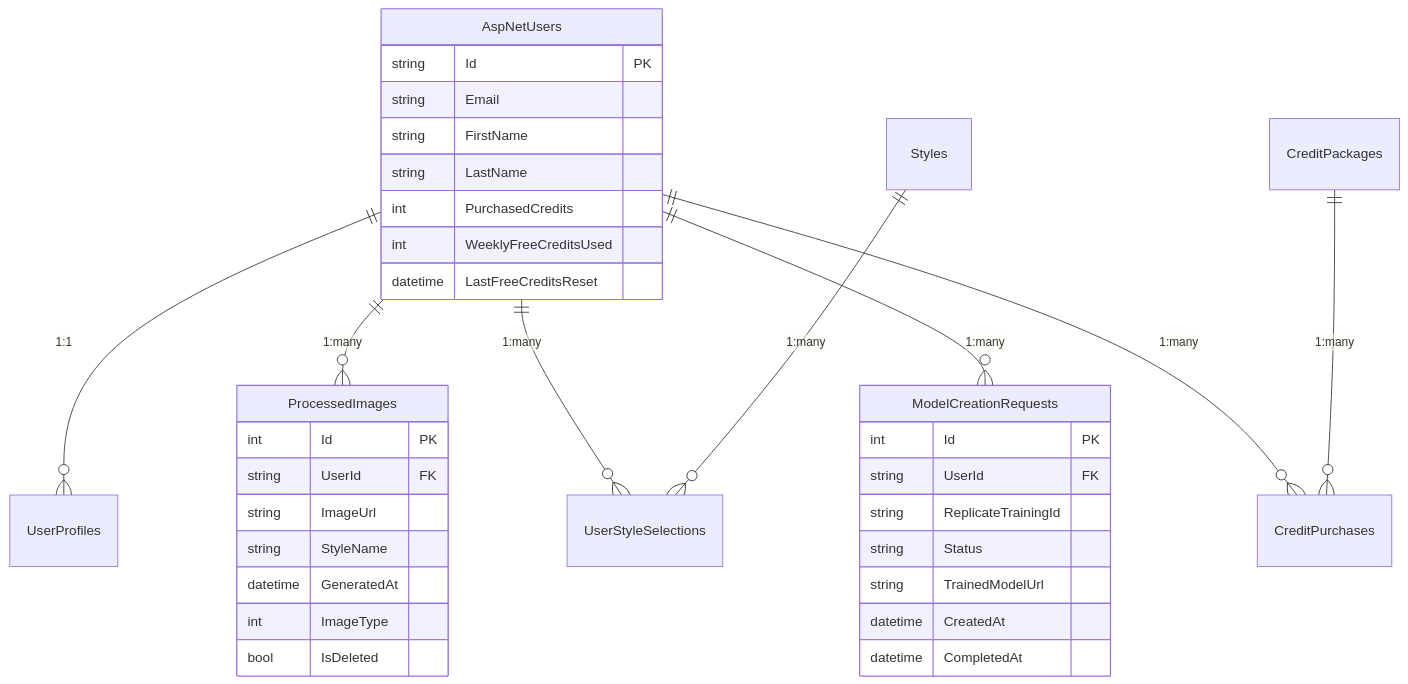
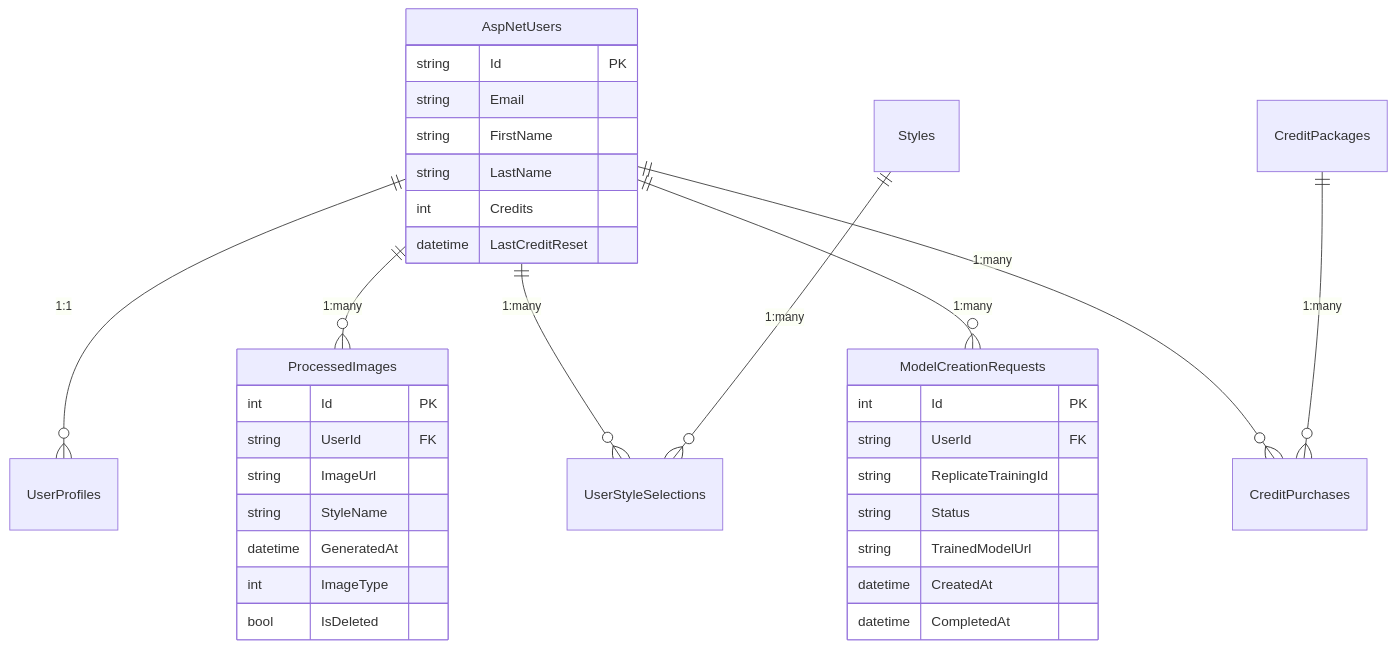
Before and after one commit to alanw707/AI.ProfilePhotoMaker: the second of 5 diagrams in docs/architecture/ARCHITECTURE_OVERVIEW.md, drawn with Mermaid. The commit also changed 101 other files, not shown here.

````diff
--- a/docs/architecture/ARCHITECTURE_OVERVIEW.md
+++ b/docs/architecture/ARCHITECTURE_OVERVIEW.md
@@ -98,41 +98,40 @@
 ```mermaid
 erDiagram
     AspNetUsers ||--o{ UserProfiles : "1:1"
     AspNetUsers ||--o{ ProcessedImages : "1:many"
     AspNetUsers ||--o{ UserStyleSelections : "1:many"
     AspNetUsers ||--o{ ModelCreationRequests : "1:many"
     AspNetUsers ||--o{ CreditPurchases : "1:many"
     
     Styles ||--o{ UserStyleSelections : "1:many"
     CreditPackages ||--o{ CreditPurchases : "1:many"
     
     AspNetUsers {
         string Id PK
         string Email
         string FirstName
         string LastName
-        int PurchasedCredits
-        int WeeklyFreeCreditsUsed
-        datetime LastFreeCreditsReset
+        int Credits
+        datetime LastCreditReset
     }
     
     ProcessedImages {
         int Id PK
         string UserId FK
         string ImageUrl
         string StyleName
         datetime GeneratedAt
         int ImageType
         bool IsDeleted
     }
     
     ModelCreationRequests {
         int Id PK
         string UserId FK
         string ReplicateTrainingId
         string Status
         string TrainedModelUrl
         datetime CreatedAt
         datetime CompletedAt
     }
 ```
````
